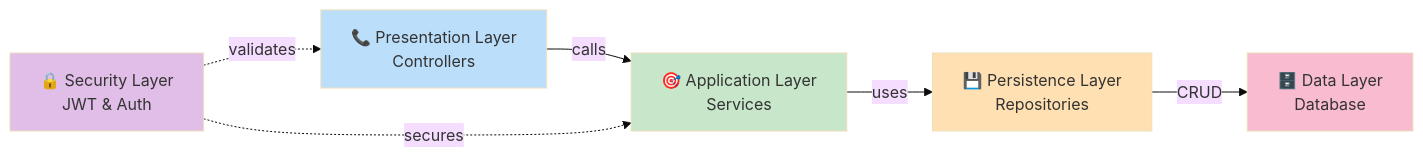
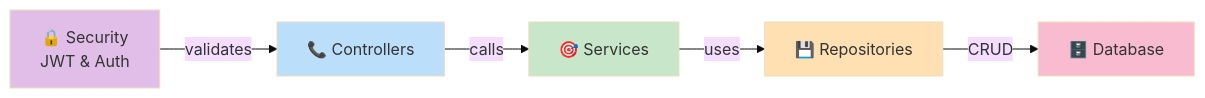
Before and after one commit to daoductam/reusable-auth-backend: the third of 11 diagrams in README.md, drawn with Mermaid (base theme). The commit also changed other lines of this file, not shown here.

````diff
--- a/README.md
+++ b/README.md
@@ -143,20 +190,19 @@
 ```mermaid
 graph LR
-    A["📞 Presentation Layer<br/>Controllers"]
-    B["🎯 Application Layer<br/>Services"]
-    C["💾 Persistence Layer<br/>Repositories"]
-    D["🗄️ Data Layer<br/>Database"]
-    E["🔒 Security Layer<br/>JWT & Auth"]
+    A["📞 Controllers"]
+    B["🎯 Services"]
+    C["💾 Repositories"]
+    D["🗄️ Database"]
+    E["🔒 Security<br/>JWT & Auth"]
     
     A -->|calls| B
     B -->|uses| C
     C -->|CRUD| D
-    E -.->|validates| A
-    E -.->|secures| B
+    E -->|validates| A
     
     style A fill:#bbdefb
     style B fill:#c8e6c9
     style C fill:#ffe0b2
     style D fill:#f8bbd0
     style E fill:#e1bee7
 ```
````
